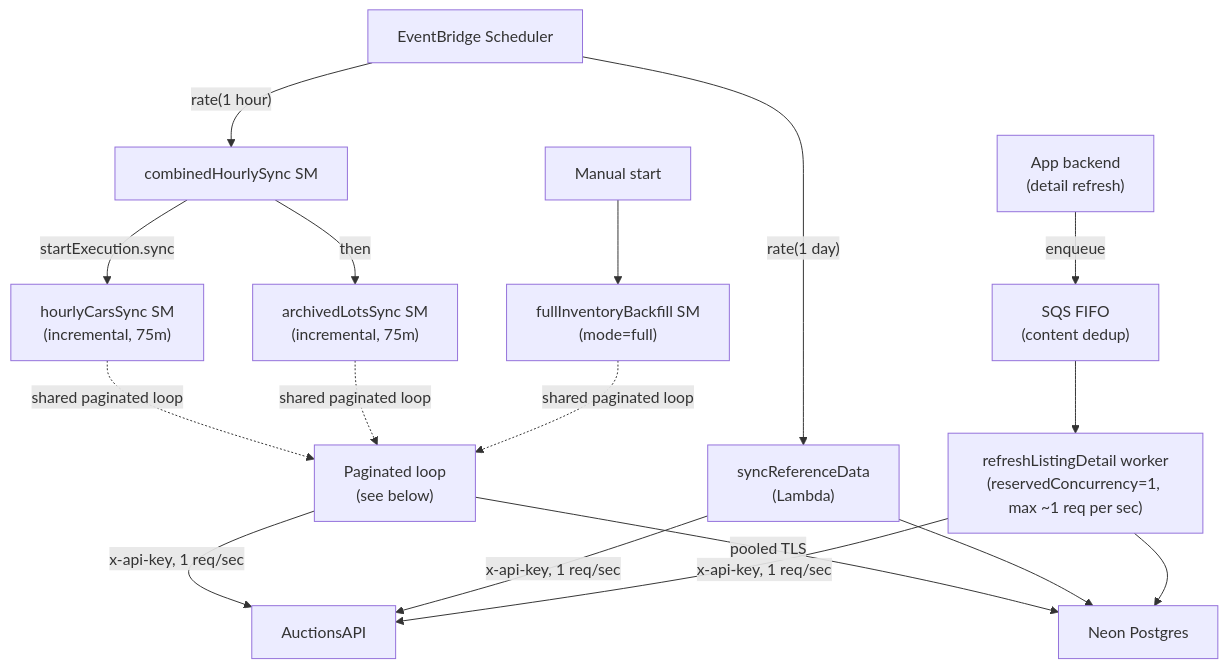
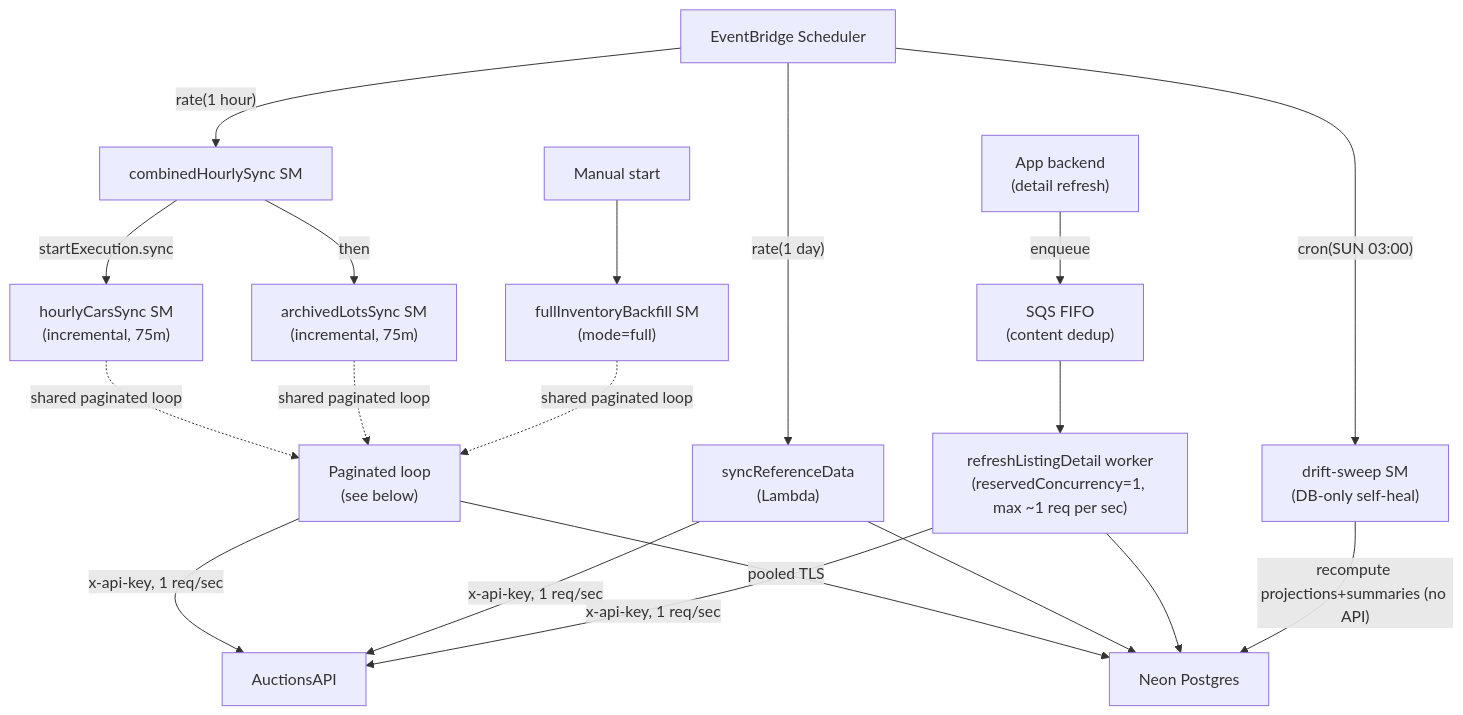
Before and after one commit to bojidaryovchev/selectauto: the first of 4 diagrams in README.md, drawn with Mermaid. The commit also changed other lines of this file and 239 other files, not shown here.

````diff
--- a/README.md
+++ b/README.md
@@ -65,30 +67,32 @@
 ```mermaid
 flowchart TD
     EB["EventBridge Scheduler"]
     Backend["App backend<br/>(detail refresh)"]
     Manual["Manual start"]
 
     EB -- "rate(1 hour)" --> Combined["combinedHourlySync SM"]
     EB -- "rate(1 day)" --> RefLambda["syncReferenceData<br/>(Lambda)"]
+    EB -- "cron(SUN 03:00)" --> Drift["drift-sweep SM<br/>(DB-only self-heal)"]
     Manual --> Backfill["fullInventoryBackfill SM<br/>(mode=full)"]
 
     Combined -- "startExecution.sync" --> Cars["hourlyCarsSync SM<br/>(incremental, 75m)"]
     Combined -- "then" --> Archived["archivedLotsSync SM<br/>(incremental, 75m)"]
 
     Cars -.->|shared paginated loop| Loop
     Archived -.->|shared paginated loop| Loop
     Backfill -.->|shared paginated loop| Loop["Paginated loop<br/>(see below)"]
 
     Backend -- "enqueue" --> Q["SQS FIFO<br/>(content dedup)"]
     Q --> Worker["refreshListingDetail worker<br/>(reservedConcurrency=1, max ~1 req per sec)"]
 
     Loop -- "x-api-key, 1 req/sec" --> API["AuctionsAPI"]
     RefLambda -- "x-api-key, 1 req/sec" --> API
     Worker -- "x-api-key, 1 req/sec" --> API
 
     Loop -- "pooled TLS" --> Neon["Neon Postgres"]
     RefLambda --> Neon
     Worker --> Neon
+    Drift -- "recompute projections+summaries (no API)" --> Neon
 
     %% No VPC: Lambdas reach AuctionsAPI and Neon over public egress.
 ```
````
